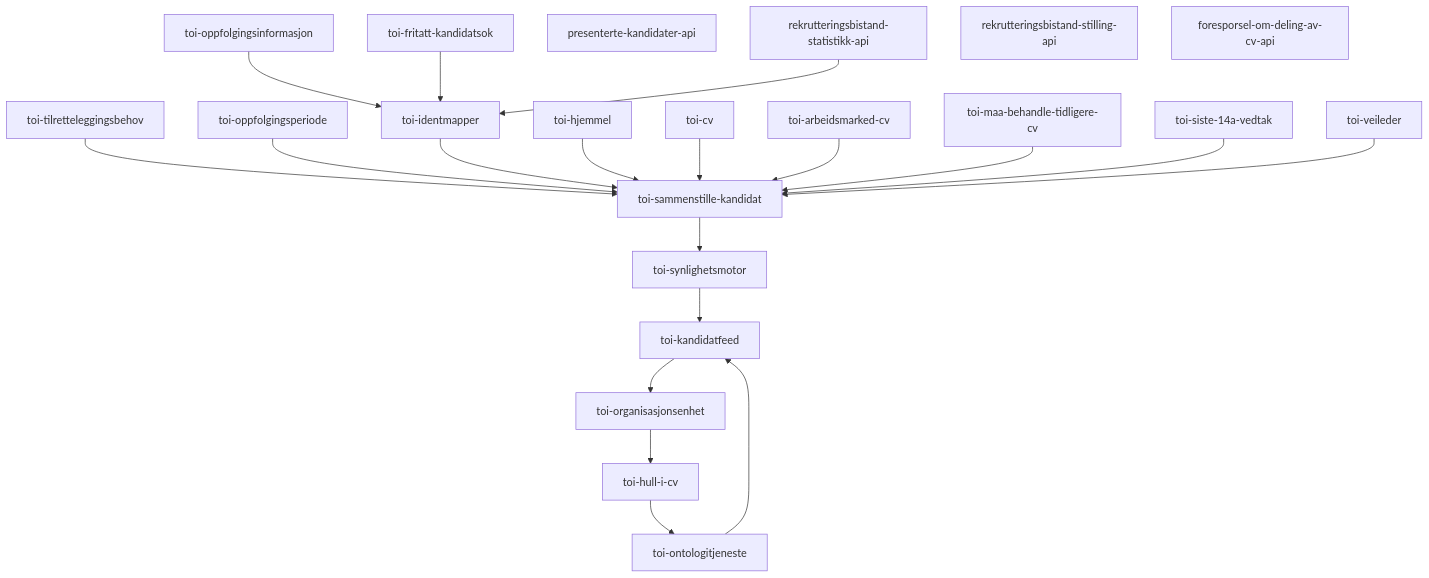
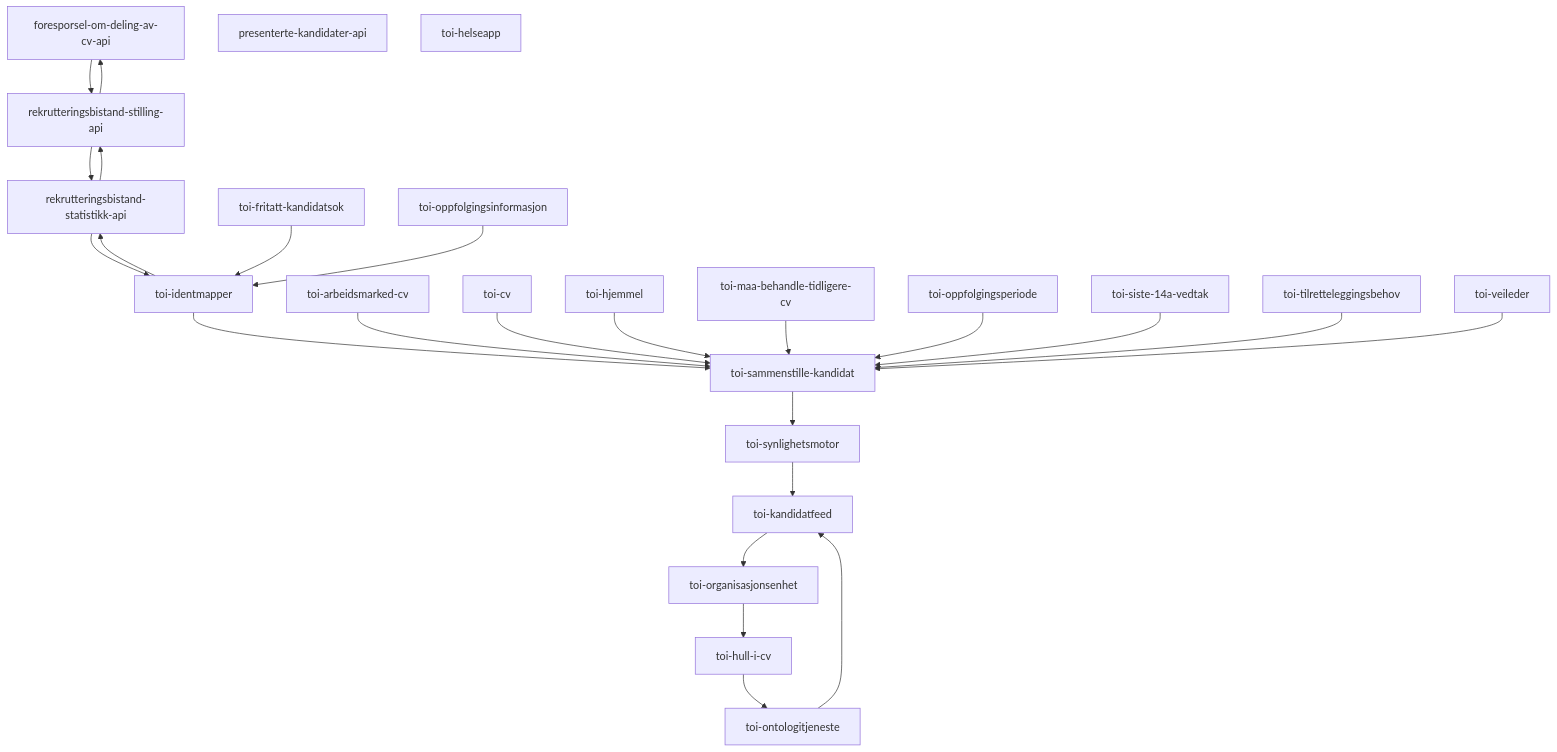
Before and after one commit to navikt/toi-rapids-and-rivers-grapher: the diagram in README.md, drawn with Mermaid.

Commit message:
Oppdaterer med foresporsel-om-deling-av-cv-api sine meldinger og, og sortert alfabetisk

````diff
--- a/README.md
+++ b/README.md
@@ -4,24 +4,28 @@
 ```mermaid
 graph TD;
+foresporsel-om-deling-av-cv-api --> rekrutteringsbistand-stilling-api;
+presenterte-kandidater-api;
+rekrutteringsbistand-statistikk-api --> rekrutteringsbistand-stilling-api;
+rekrutteringsbistand-statistikk-api --> toi-identmapper;
+rekrutteringsbistand-stilling-api --> foresporsel-om-deling-av-cv-api;
+rekrutteringsbistand-stilling-api --> rekrutteringsbistand-statistikk-api;
+toi-arbeidsmarked-cv --> toi-sammenstille-kandidat;
+toi-cv --> toi-sammenstille-kandidat;
+toi-fritatt-kandidatsok --> toi-identmapper;
+toi-helseapp;
+toi-hjemmel --> toi-sammenstille-kandidat;
+toi-hull-i-cv --> toi-ontologitjeneste;
+toi-identmapper --> rekrutteringsbistand-statistikk-api;
+toi-identmapper --> toi-sammenstille-kandidat;
+toi-kandidatfeed --> toi-organisasjonsenhet;
+toi-maa-behandle-tidligere-cv --> toi-sammenstille-kandidat;
+toi-ontologitjeneste --> toi-kandidatfeed;
+toi-oppfolgingsinformasjon --> toi-identmapper;
+toi-oppfolgingsperiode --> toi-sammenstille-kandidat;
+toi-organisasjonsenhet --> toi-hull-i-cv;
+toi-sammenstille-kandidat --> toi-synlighetsmotor;
+toi-siste-14a-vedtak --> toi-sammenstille-kandidat;
+toi-synlighetsmotor --> toi-kandidatfeed;
 toi-tilretteleggingsbehov --> toi-sammenstille-kandidat;
-toi-sammenstille-kandidat --> toi-synlighetsmotor;
-toi-synlighetsmotor --> toi-kandidatfeed;
-toi-kandidatfeed --> toi-organisasjonsenhet;
-toi-organisasjonsenhet --> toi-hull-i-cv;
-toi-hull-i-cv --> toi-ontologitjeneste;
-toi-ontologitjeneste --> toi-kandidatfeed;
-toi-oppfolgingsperiode --> toi-sammenstille-kandidat;
-toi-oppfolgingsinformasjon --> toi-identmapper;
-toi-identmapper --> toi-sammenstille-kandidat;
-toi-hjemmel --> toi-sammenstille-kandidat;
-toi-cv --> toi-sammenstille-kandidat;
-toi-arbeidsmarked-cv --> toi-sammenstille-kandidat;
-toi-fritatt-kandidatsok --> toi-identmapper;
-toi-maa-behandle-tidligere-cv --> toi-sammenstille-kandidat;
-toi-siste-14a-vedtak --> toi-sammenstille-kandidat;
 toi-veileder --> toi-sammenstille-kandidat;
-presenterte-kandidater-api;
-rekrutteringsbistand-statistikk-api --> toi-identmapper;
-rekrutteringsbistand-stilling-api;
-foresporsel-om-deling-av-cv-api;
 ```
````
